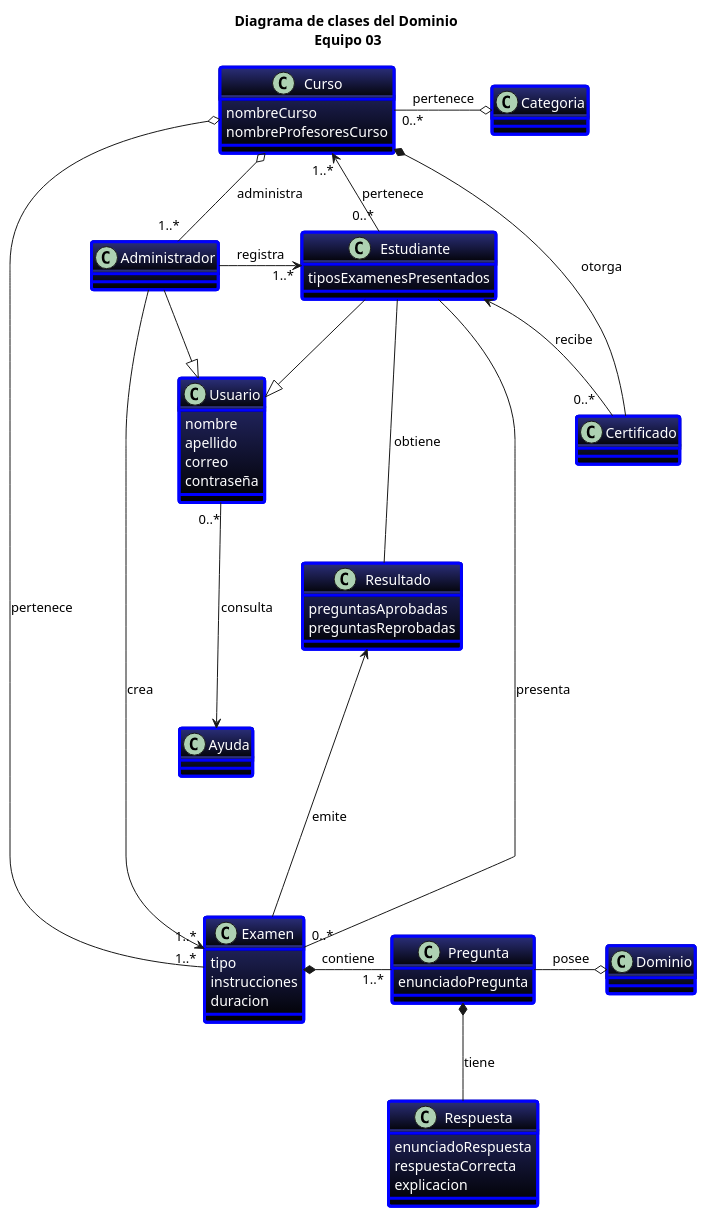
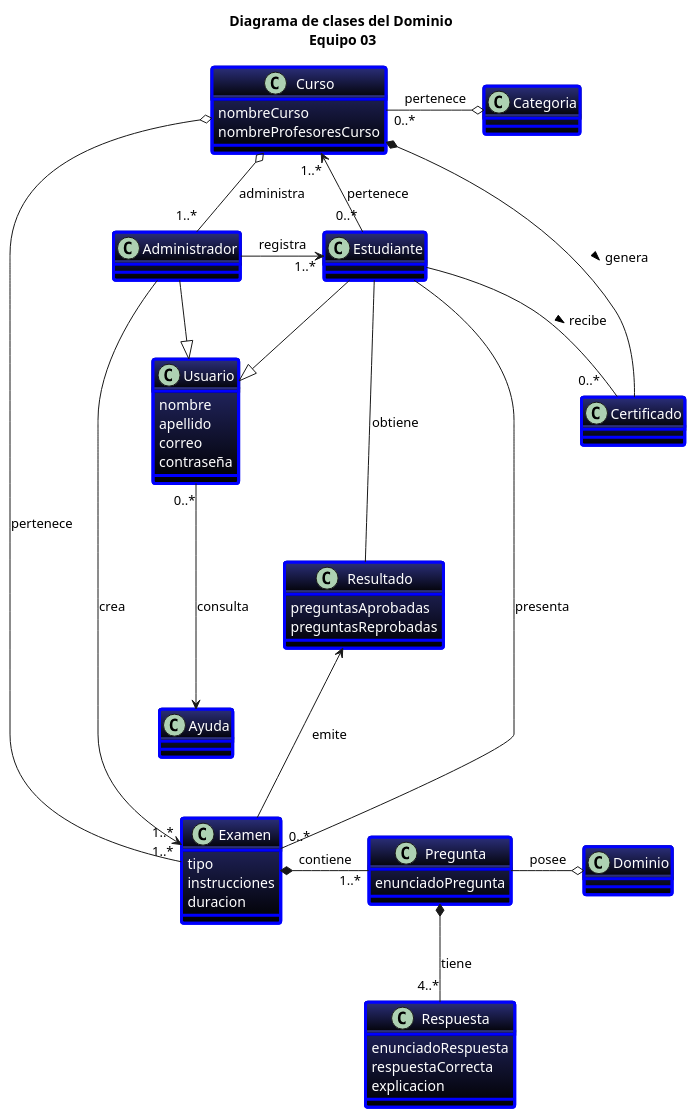
The diagram in docs/scenariosView/diagramaClasesDominio.plantuml (febres35/EdTech_IS), drawn with PlantUML before and after one commit.

Commit message:
Cambios a clase Estudiante y sus relaciones Se agrego una cardinalidad entre pregunta y respuesta

```diff
--- a/docs/scenariosView/diagramaClasesDominio.plantuml
+++ b/docs/scenariosView/diagramaClasesDominio.plantuml
@@ -1,78 +1,77 @@
 @startuml "Diagrama de clases"
 
 title "Diagrama de clases del Dominio\n Equipo 03"
 
 skinparam Class{
   BackgroundColor 2B2F7B-black
   AttributeFontColor white
   BorderThickness 3
   BorderColor blue
 }
 class Usuario{
   nombre
   apellido
   correo
   contraseña 
 }
 class Administrador
 
 class Estudiante{
-  tiposExamenesPresentados
 }
 
 class Ayuda
 
 class Curso{
   nombreCurso
   nombreProfesoresCurso
 }
 class Categoria
 
 class Examen{
   tipo
   instrucciones
   duracion
 }
 class Resultado{
   preguntasAprobadas
   preguntasReprobadas
 }
 
 class Pregunta{
   enunciadoPregunta
 }
 
 class Dominio
 
 class Respuesta{
   enunciadoRespuesta
   respuestaCorrecta
   explicacion
 }
 class Certificado{
 }
 
 Usuario <|-left- Administrador
 Usuario <|-up- Estudiante
 Usuario "0..*"---> Ayuda: consulta
 
 Administrador --> "1..*"Examen: crea
 Administrador -right-> "     1..*"Estudiante: registra
 Administrador "    1..*"-up-o Curso: administra
 
 Estudiante "0..*"-right->"    1..*"Curso: pertenece
 Estudiante -right- "0..*"Examen: presenta
-Estudiante <-- "0..*   "Certificado: recibe
+Estudiante -- "0..*   "Certificado: > recibe
 Estudiante --- Resultado: "obtiene          "
 
 Examen *-right- "1..*"Pregunta: contiene
-Examen -up---> Resultado: emite
+Examen -up--> Resultado: emite
 
-Pregunta *-down- Respuesta: tiene
+Pregunta *-down- "4..*" Respuesta: tiene
 Pregunta -right-o Dominio: posee
 
 Curso "0..*" -right-o Categoria: pertenece
 Curso o----- "1..*"Examen: pertenece
-Curso *- Certificado: otorga
+Curso *- Certificado: > genera
 
 @enduml
```
